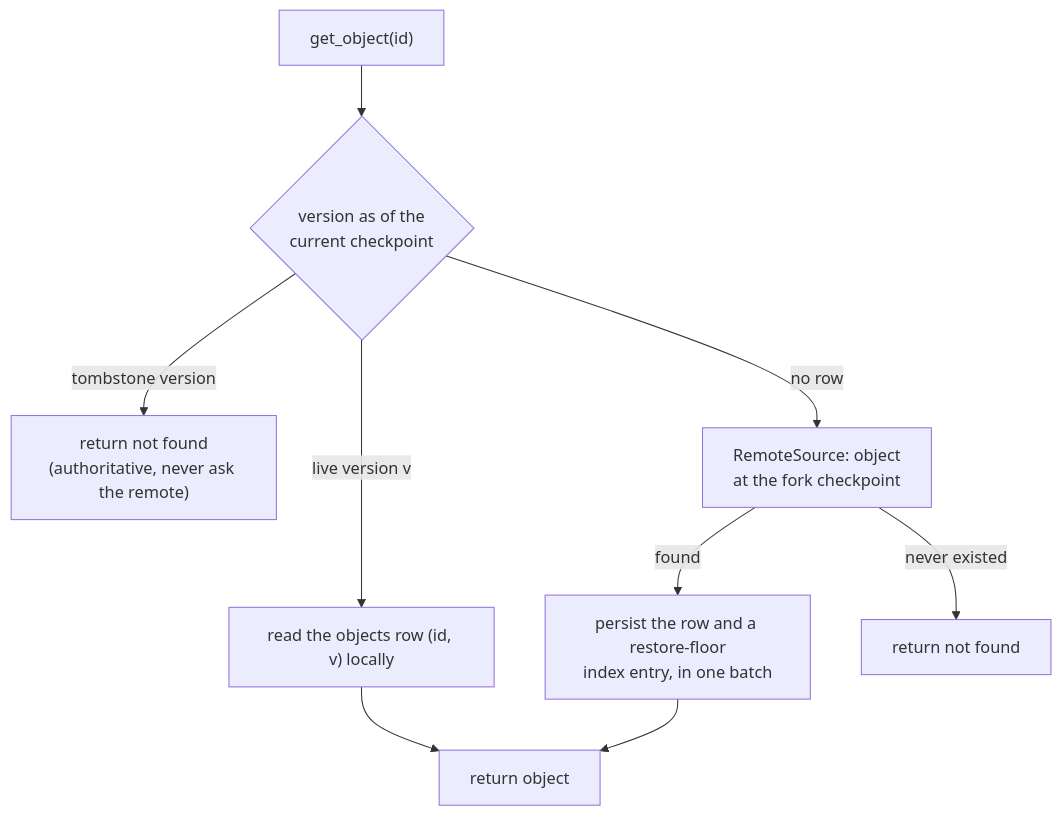
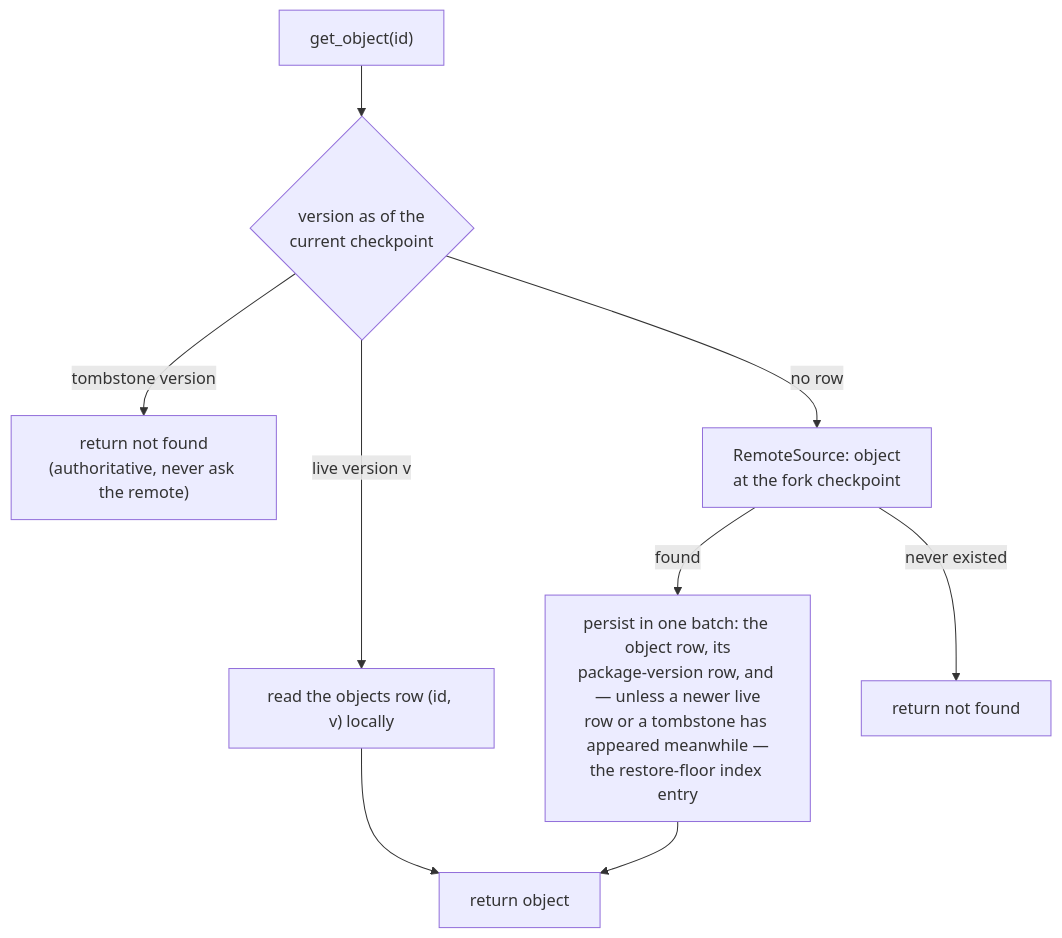
Before and after one commit to MystenLabs/sui: the fourth of 7 diagrams in crates/sui-fork/design/workflow.md, drawn with Mermaid. The commit also changed other lines of this file and 1 other file, not shown here.

````diff
--- a/crates/sui-fork/design/workflow.md
+++ b/crates/sui-fork/design/workflow.md
@@ -111,9 +143,9 @@
 ```mermaid
 flowchart TD
     go["get_object(id)"] --> ptr{"version as of the<br/>current checkpoint"}
     ptr -->|"live version v"| row["read the objects row (id, v) locally"] --> ret[return object]
     ptr -->|tombstone version| gone["return not found<br/>(authoritative, never ask the remote)"]
     ptr -->|no row| remote["RemoteSource: object<br/>at the fork checkpoint"]
-    remote -->|found| persist["persist the row and a restore-floor<br/>index entry, in one batch"] --> ret
+    remote -->|found| persist["persist in one batch: the object row, its<br/>package-version row, and — unless a newer live<br/>row or a tombstone has appeared meanwhile —<br/>the restore-floor index entry"] --> ret
     remote -->|never existed| miss[return not found]
 ```
````
